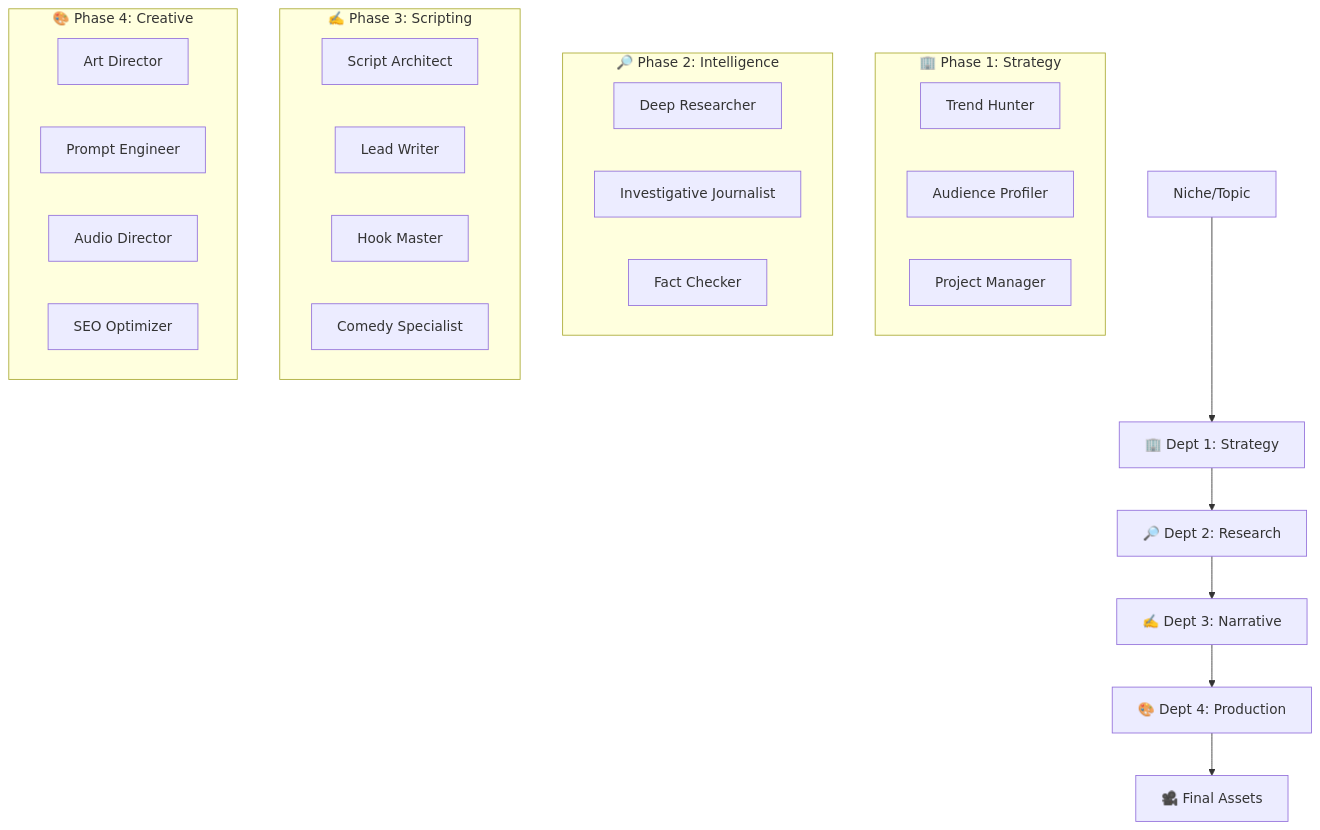
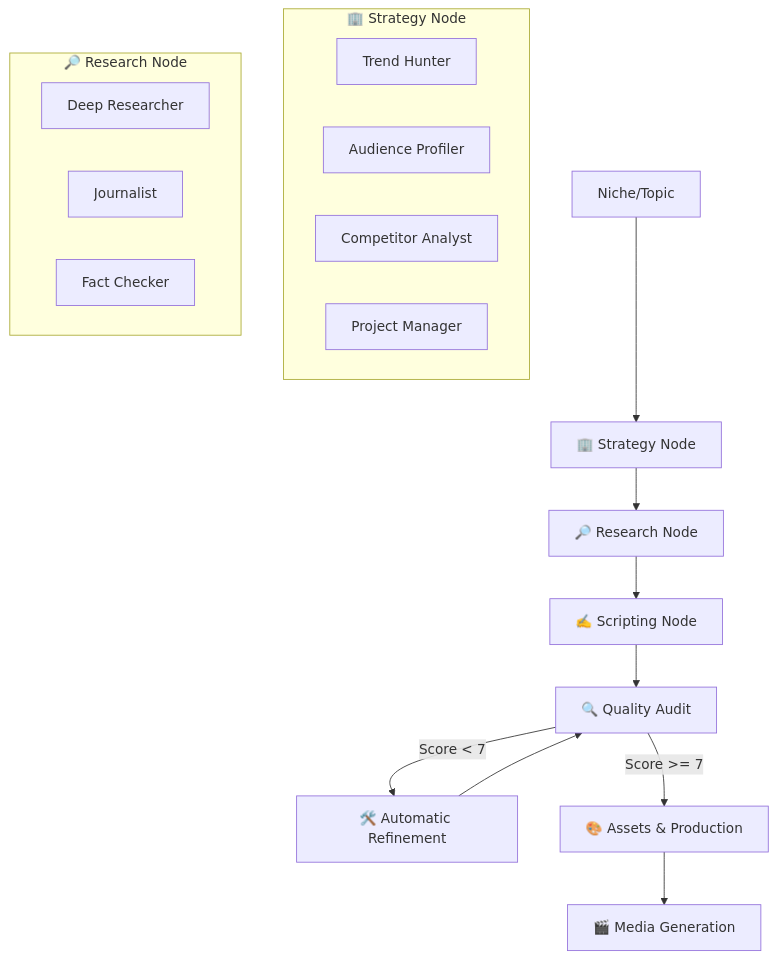
One commit to monrroyag/Neural-Swarm-2.0-Youtube-Gemini changed the diagram in README.md. Above: the diagram before and after it, drawn with Mermaid. The commit also changed other lines of this file, not shown here.

Commit message:
Neural Swarm v2.2 - Final documentation update for LangGraph and Grounding features

````diff
--- a/README.md
+++ b/README.md
@@ -15,34 +15,24 @@
 ```mermaid
 graph TD
-    A[Niche/Topic] --> B[🏢 Dept 1: Strategy]
-    B --> C[🔎 Dept 2: Research]
-    C --> D[✍️ Dept 3: Narrative]
-    D --> E[🎨 Dept 4: Production]
-    E --> F[🎥 Final Assets]
+    A[Niche/Topic] --> B[🏢 Strategy Node]
+    B --> C[🔎 Research Node]
+    C --> D[✍️ Scripting Node]
+    D --> E[🔍 Quality Audit]
+    E -- "Score < 7" --> F[🛠️ Automatic Refinement]
+    F --> E
+    E -- "Score >= 7" --> G[🎨 Assets & Production]
+    G --> H[🎬 Media Generation]
 
-    subgraph "🏢 Phase 1: Strategy"
+    subgraph "🏢 Strategy Node"
     B1[Trend Hunter]
     B2[Audience Profiler]
-    B3[Project Manager]
+    B3[Competitor Analyst]
+    B4[Project Manager]
     end
 
-    subgraph "🔎 Phase 2: Intelligence"
+    subgraph "🔎 Research Node"
     C1[Deep Researcher]
-    C2[Investigative Journalist]
+    C2[Journalist]
     C3[Fact Checker]
     end
-
-    subgraph "✍️ Phase 3: Scripting"
-    D1[Script Architect]
-    D2[Lead Writer]
-    D3[Hook Master]
-    D4[Comedy Specialist]
-    end
-
-    subgraph "🎨 Phase 4: Creative"
-    E1[Art Director]
-    E2[Prompt Engineer]
-    E3[Audio Director]
-    E4[SEO Optimizer]
-    end
 ```
````
